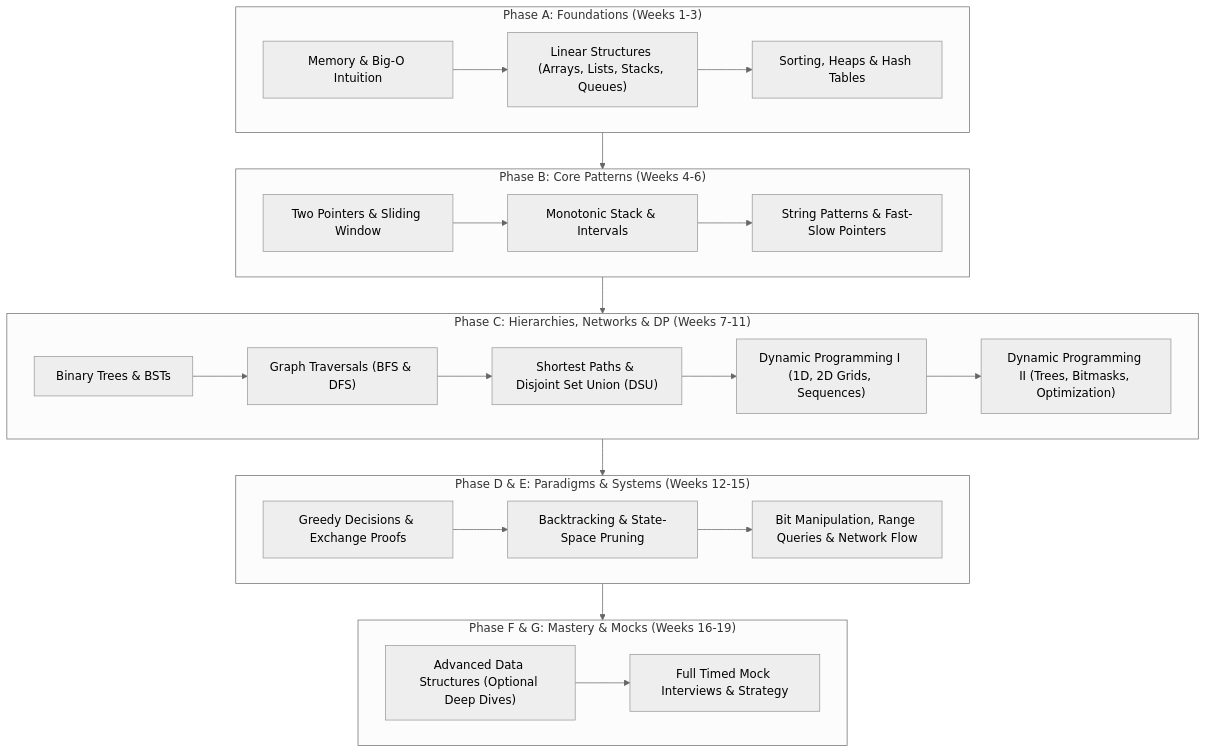
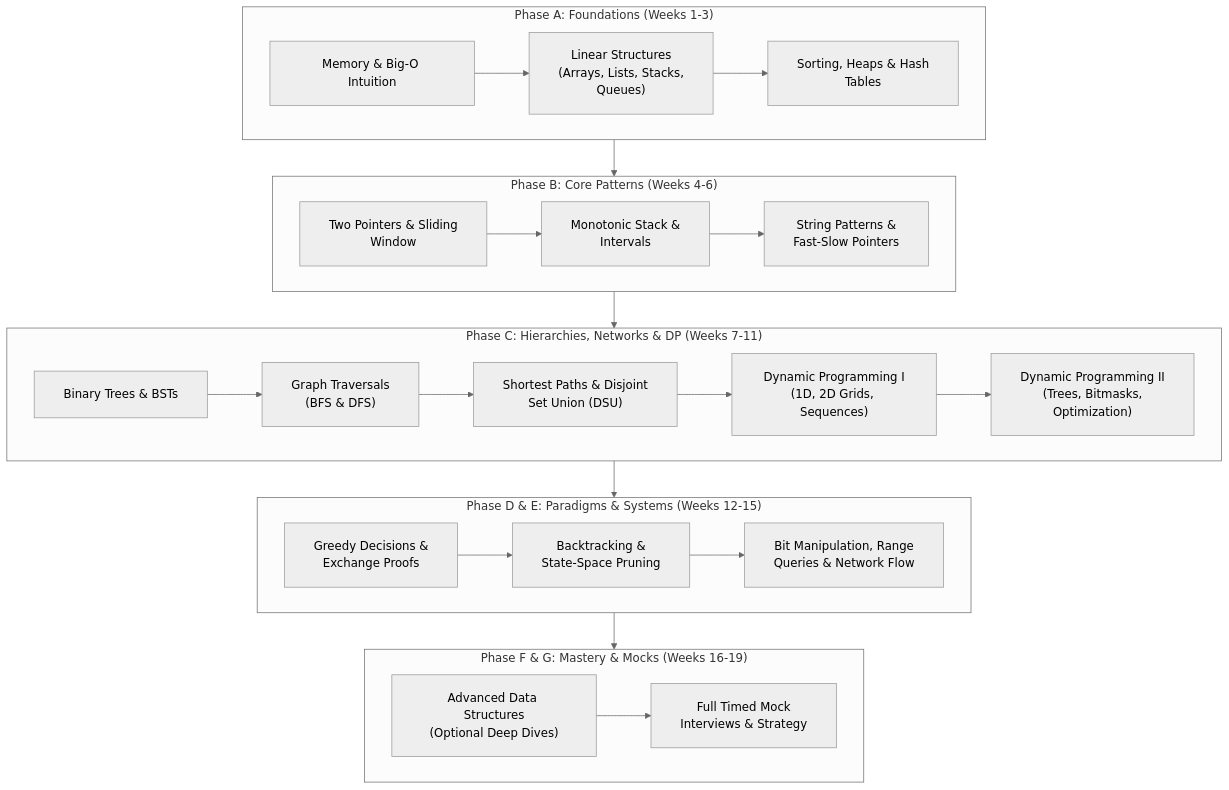
One commit to dip4k/DSA_102 changed the diagram in Readme.md. Above: the diagram before and after it, drawn with Mermaid (neutral theme). The commit also changed 108 other files, not shown here.

First line of the commit message:
fix(mermaid): resolve diagram clipping, padding, and syntax issues across repo

````diff
--- a/Readme.md
+++ b/Readme.md
@@ -26,33 +26,34 @@
 ```mermaid
+%%{init: {"flowchart": {"htmlLabels": true, "padding": 20}}}%%
 flowchart TD
     subgraph PhaseA["Phase A: Foundations (Weeks 1-3)"]
-        F1["Memory & Big-O Intuition"] --> F2["Linear Structures (Arrays, Lists, Stacks, Queues)"]
-        F2 --> F3["Sorting, Heaps & Hash Tables"]
+        F1["Memory & Big-O Intuition"] --> F2["Linear Structures<br/>(Arrays, Lists, Stacks,<br/>Queues)"]
+        F2 --> F3["Sorting, Heaps & Hash<br/>Tables"]
     end
 
     subgraph PhaseB["Phase B: Core Patterns (Weeks 4-6)"]
-        P1["Two Pointers & Sliding Window"] --> P2["Monotonic Stack & Intervals"]
-        P2 --> P3["String Patterns & Fast-Slow Pointers"]
+        P1["Two Pointers & Sliding<br/>Window"] --> P2["Monotonic Stack &<br/>Intervals"]
+        P2 --> P3["String Patterns &<br/>Fast-Slow Pointers"]
     end
 
     subgraph PhaseC["Phase C: Hierarchies, Networks & DP (Weeks 7-11)"]
-        T1["Binary Trees & BSTs"] --> G1["Graph Traversals (BFS & DFS)"]
-        G1 --> G2["Shortest Paths & Disjoint Set Union (DSU)"]
-        G2 --> DP1["Dynamic Programming I (1D, 2D Grids, Sequences)"]
-        DP1 --> DP2["Dynamic Programming II (Trees, Bitmasks, Optimization)"]
+        T1["Binary Trees & BSTs"] --> G1["Graph Traversals<br/>(BFS & DFS)"]
+        G1 --> G2["Shortest Paths & Disjoint<br/>Set Union (DSU)"]
+        G2 --> DP1["Dynamic Programming I<br/>(1D, 2D Grids, Sequences)"]
+        DP1 --> DP2["Dynamic Programming II<br/>(Trees, Bitmasks,<br/>Optimization)"]
     end
 
     subgraph PhaseD["Phase D & E: Paradigms & Systems (Weeks 12-15)"]
-        D1["Greedy Decisions & Exchange Proofs"] --> D2["Backtracking & State-Space Pruning"]
-        D2 --> E1["Bit Manipulation, Range Queries & Network Flow"]
+        D1["Greedy Decisions &<br/>Exchange Proofs"] --> D2["Backtracking &<br/>State-Space Pruning"]
+        D2 --> E1["Bit Manipulation, Range<br/>Queries & Network Flow"]
     end
 
     subgraph PhaseFG["Phase F & G: Mastery & Mocks (Weeks 16-19)"]
-        ADV["Advanced Data Structures (Optional Deep Dives)"] --> MOCK["Full Timed Mock Interviews & Strategy"]
+        ADV["Advanced Data Structures<br/>(Optional Deep Dives)"] --> MOCK["Full Timed Mock<br/>Interviews & Strategy"]
     end
 
     PhaseA --> PhaseB
     PhaseB --> PhaseC
     PhaseC --> PhaseD
     PhaseD --> PhaseFG
 ```
````
